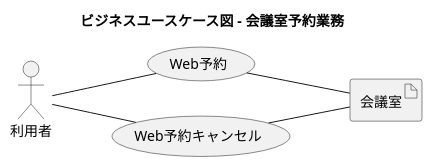
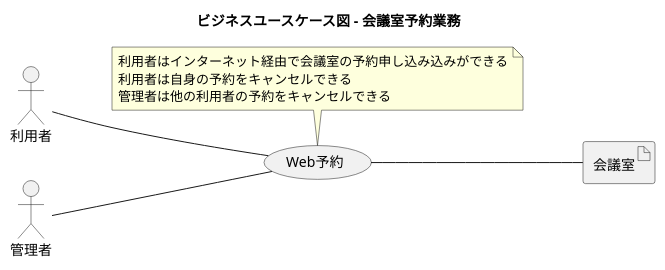
One commit to k2works/mrs changed the diagram in docs/diagrams/BusinessUseCase.puml. Above: the diagram before and after it, drawn with PlantUML. The commit also changed 14 other files, not shown here.

```diff
--- a/docs/diagrams/BusinessUseCase.puml
+++ b/docs/diagrams/BusinessUseCase.puml
@@ -1,19 +1,24 @@
 @startuml
 
 title ビジネスユースケース図 - 会議室予約業務
 
 left to right direction
 
 actor 利用者
+actor 管理者
 
 usecase Web予約
-usecase Web予約キャンセル
+note top of Web予約
+  利用者はインターネット経由で会議室の予約申し込み込みができる
+  利用者は自身の予約をキャンセルできる
+  管理者は他の利用者の予約をキャンセルできる
+end note
 
 artifact 会議室
 
 :利用者: -- (Web予約)
-:利用者: -- (Web予約キャンセル)
+:管理者: -- (Web予約)
 (Web予約) -- 会議室
-(Web予約キャンセル) -- 会議室
+
 
 @enduml
```
